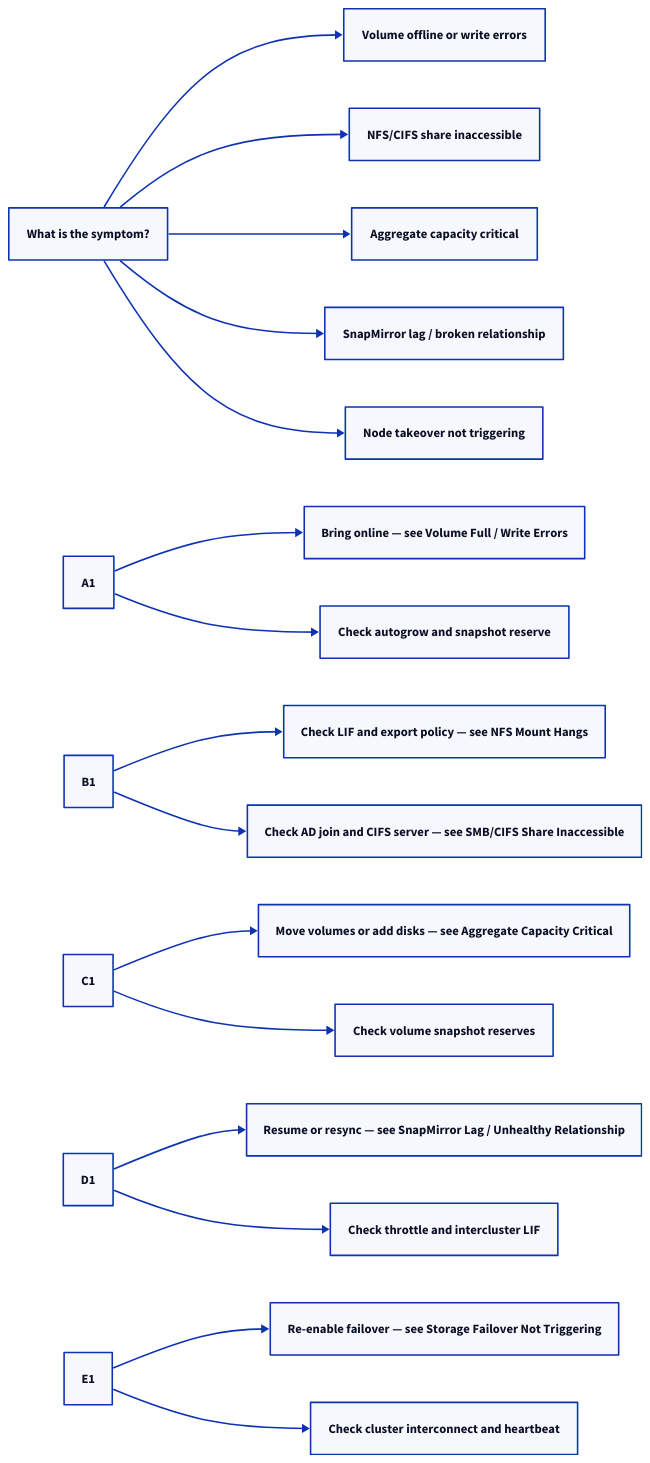
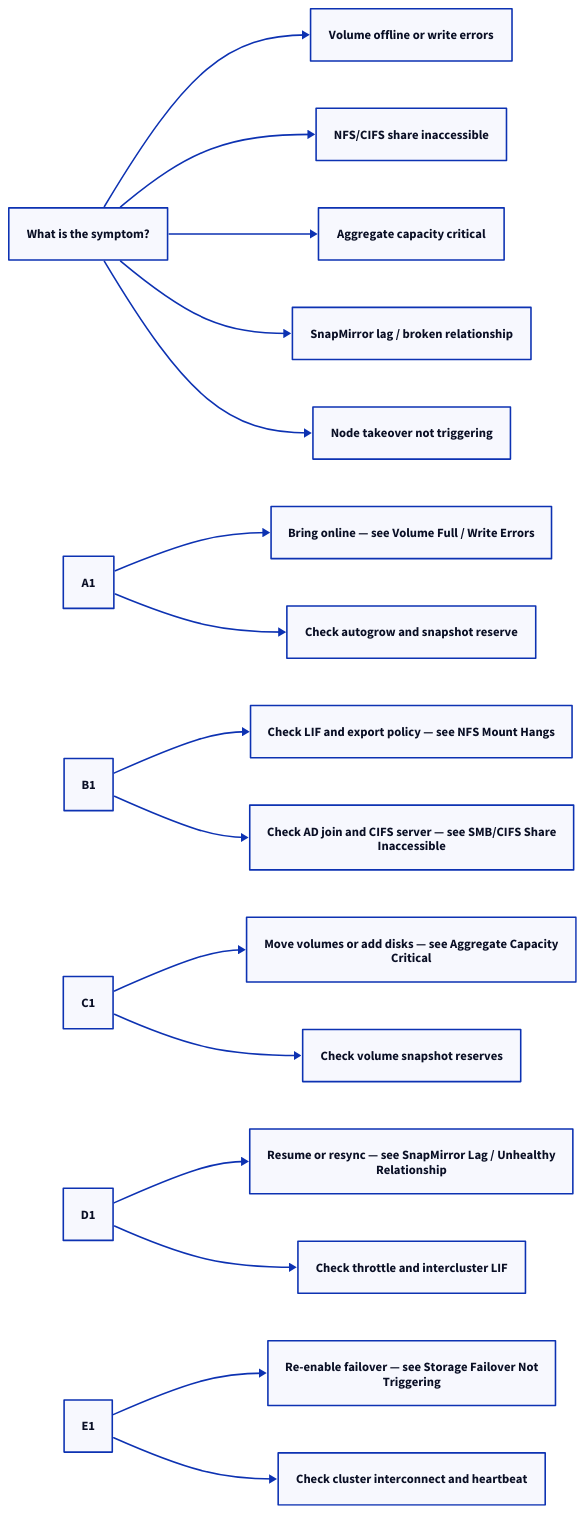
One commit to canast01/chris-kb changed the second of 3 diagrams in docs/storage/netapp/ontap/troubleshooting/common-issues.md. Above: the diagram before and after it, drawn with D2. The commit also changed 192 other files, not shown here.

````diff
--- a/docs/storage/netapp/ontap/troubleshooting/common-issues.md
+++ b/docs/storage/netapp/ontap/troubleshooting/common-issues.md
@@ -45,41 +45,41 @@
 ```d2
 direction: right
 
 S: "What is the symptom?" {shape: rectangle}
 A: "Volume offline or write errors" {shape: rectangle}
 B: "NFS/CIFS share inaccessible" {shape: rectangle}
 C: "Aggregate capacity critical" {shape: rectangle}
 D: "SnapMirror lag / broken relationship" {shape: rectangle}
 E: "Node takeover not triggering" {shape: rectangle}
 A1: "A1" {shape: rectangle}
 A2: "Bring online — see Volume Full / Write Errors" {shape: rectangle}
 A3: "Check autogrow and snapshot reserve" {shape: rectangle}
 B1: "B1" {shape: rectangle}
 B2: "Check LIF and export policy — see NFS Mount Hangs" {shape: rectangle}
-B3: "Check AD join and CIFS server — see SMB/CIFS Share Inaccessible" {shape: rectangle}
+B3: "Check AD join and CIFS server — see SMB/CIFS Share\nInaccessible" {shape: rectangle}
 C1: "C1" {shape: rectangle}
-C2: "Move volumes or add disks — see Aggregate Capacity Critical" {shape: rectangle}
+C2: "Move volumes or add disks — see Aggregate Capacity\nCritical" {shape: rectangle}
 C3: "Check volume snapshot reserves" {shape: rectangle}
 D1: "D1" {shape: rectangle}
-D2: "Resume or resync — see SnapMirror Lag / Unhealthy Relationship" {shape: rectangle}
+D2: "Resume or resync — see SnapMirror Lag / Unhealthy\nRelationship" {shape: rectangle}
 D3: "Check throttle and intercluster LIF" {shape: rectangle}
 E1: "E1" {shape: rectangle}
-E2: "Re-enable failover — see Storage Failover Not Triggering" {shape: rectangle}
+E2: "Re-enable failover — see Storage Failover Not\nTriggering" {shape: rectangle}
 E3: "Check cluster interconnect and heartbeat" {shape: rectangle}
 
 S -> A
 S -> B
 S -> C
 S -> D
 S -> E
 A1 -> A2
 A1 -> A3
 B1 -> B2
 B1 -> B3
 C1 -> C2
 C1 -> C3
 D1 -> D2
 D1 -> D3
 E1 -> E2
 E1 -> E3
 ```
````
